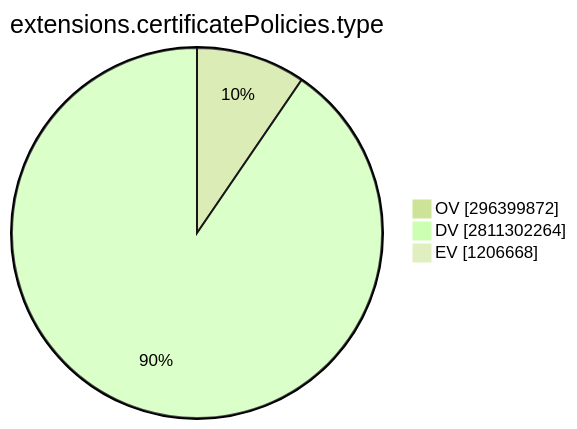
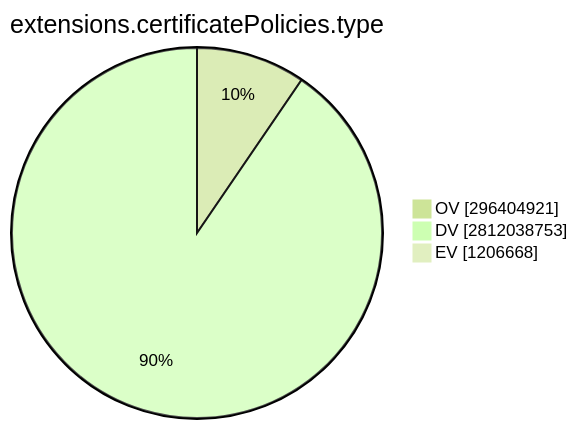
Before and after one commit to christiankrug/ctmonitor_visualization: the ninth of 15 diagrams in TOTAL/README.md, drawn with Mermaid (forest theme). The commit also changed other lines of this file, not shown here.

````diff
--- a/TOTAL/README.md
+++ b/TOTAL/README.md
@@ -3099,7 +3099,7 @@
 ```mermaid
 pie showData
 title extensions.certificatePolicies.type
-"OV" :296399872
-"DV" :2811302264
+"OV" :296404921
+"DV" :2812038753
 "EV" :1206668
 ```
````
